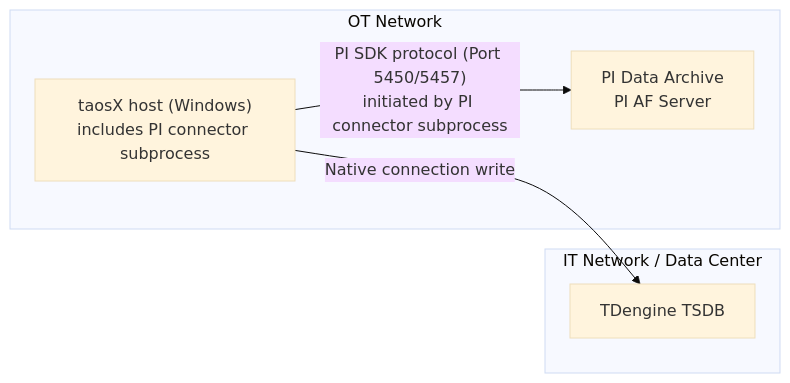
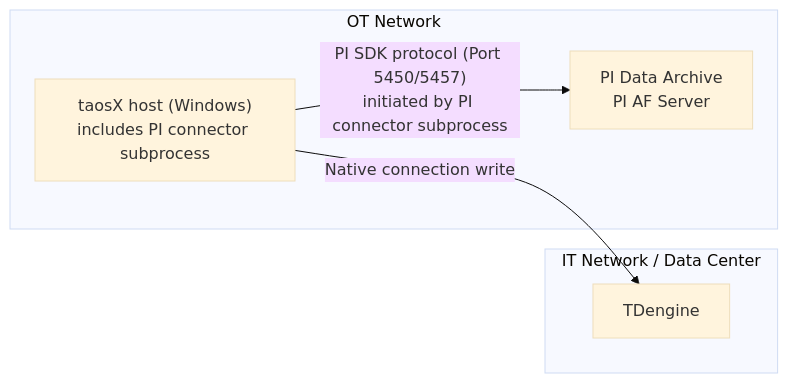
One commit to taosdata/TDengine changed the first of 3 diagrams in docs/en/08-data-ingest-and-delivery/01-no-code-ingestion/04-pi/02-deployment-architecture.md. Above: the diagram before and after it, drawn with Mermaid (base theme). The commit also changed other lines of this file and 163 other files, not shown here.

````diff
--- a/docs/en/08-data-ingest-and-delivery/01-no-code-ingestion/04-pi/02-deployment-architecture.md
+++ b/docs/en/08-data-ingest-and-delivery/01-no-code-ingestion/04-pi/02-deployment-architecture.md
@@ -23,12 +23,12 @@
 ```mermaid
 graph LR
     subgraph OT["OT Network"]
         PI["PI Data Archive<br/>PI AF Server"]
         TX["taosX host (Windows)<br/>includes PI connector subprocess"]
     end
     subgraph IT["IT Network / Data Center"]
-        TD["TDengine TSDB"]
+        TD["TDengine"]
     end
     TX -- "PI SDK protocol (Port 5450/5457)<br/>initiated by PI connector subprocess" --> PI
     TX -- "Native connection write" --> TD
 ```
````
